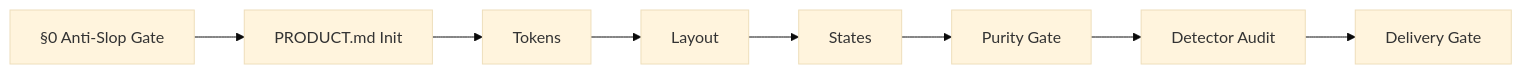
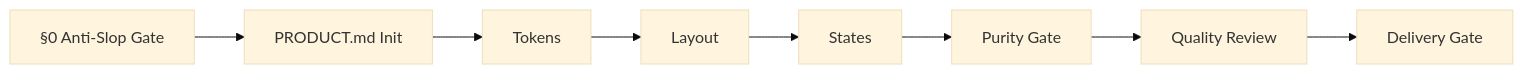
Before and after one commit to giriedu/maxilun: the diagram in skills/msal-craft/SKILL.md, drawn with Mermaid (base theme). The commit also changed other lines of this file and 33 other files, not shown here.

Commit message:
refactor: clarify operating protocols, harden knowledge graph server CORS, and optimize lens viewer

````diff
--- a/skills/msal-craft/SKILL.md
+++ b/skills/msal-craft/SKILL.md
@@ -169,10 +169,10 @@
 ```mermaid
 flowchart LR
     A[§0 Anti-Slop Gate] --> B[PRODUCT.md Init]
     B --> C[Tokens]
     C --> D[Layout]
     D --> E[States]
     E --> F[Purity Gate]
-    F --> G[Detector Audit]
+    F --> G[Quality Review]
     G --> H[Delivery Gate]
 ```
````
